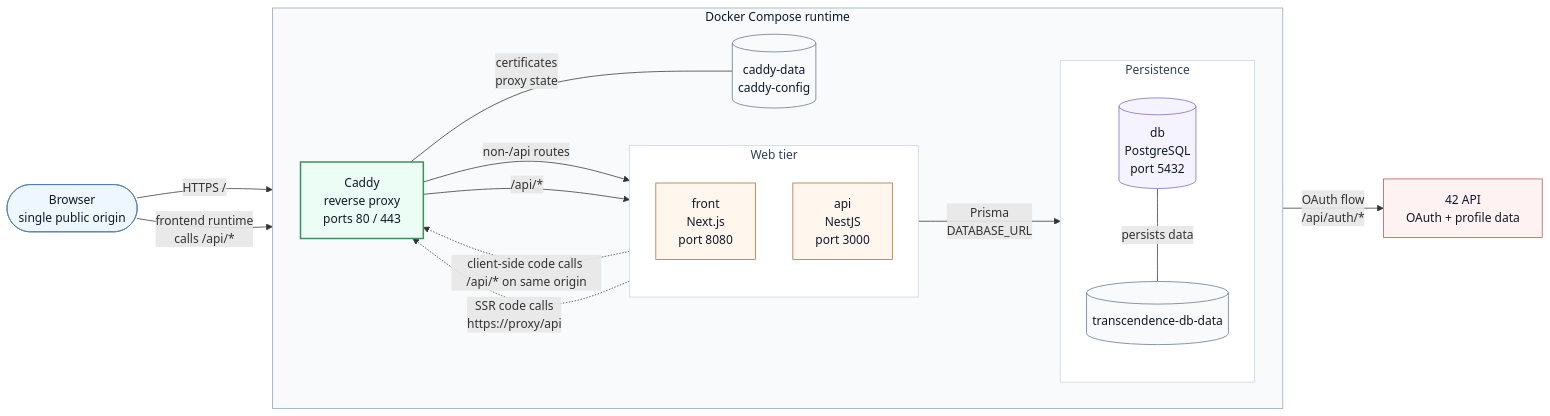
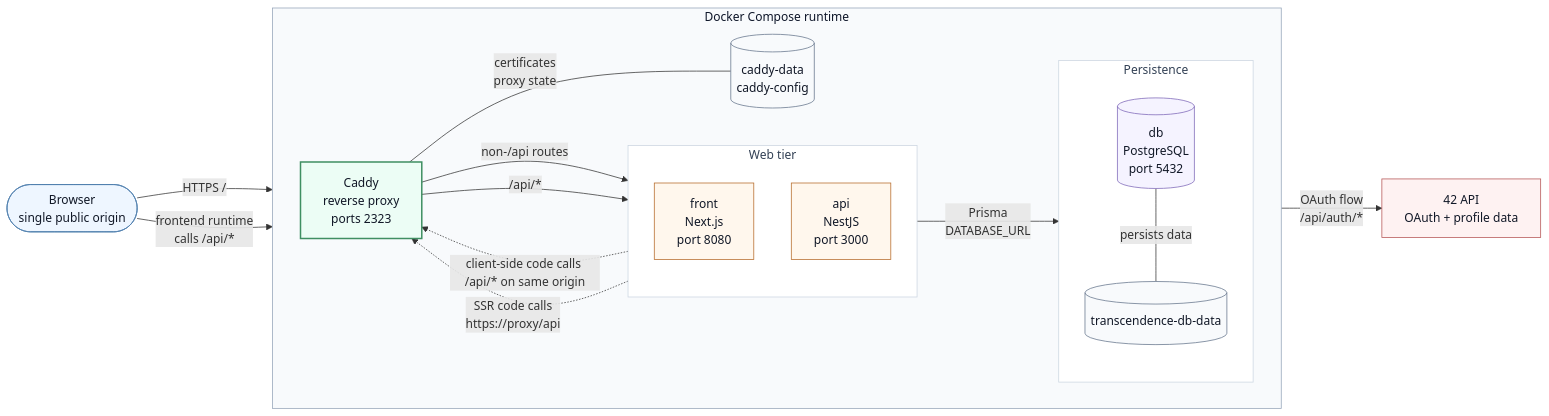
The first of 2 diagrams in README.md (bzalugas/Transcendence), drawn with Mermaid before and after one commit.

Commit message:
Fixed ports in the README

````diff
--- a/README.md
+++ b/README.md
@@ -120,57 +120,57 @@
 ```mermaid
 flowchart LR
   Browser(["Browser<br/>single public origin"])
   FortyTwo["42 API<br/>OAuth + profile data"]
 
   subgraph Runtime["Docker Compose runtime"]
     direction LR
 
-    Proxy["Caddy<br/>reverse proxy<br/>ports 80 / 443"]
+    Proxy["Caddy<br/>reverse proxy<br/>ports 2323"]
 
     subgraph Web["Web tier"]
       direction TB
       Front["front<br/>Next.js<br/>port 8080"]
       Api["api<br/>NestJS<br/>port 3000"]
     end
 
     subgraph Persistence["Persistence"]
       direction TB
       Db[("db<br/>PostgreSQL<br/>port 5432")]
       DbVolume[("transcendence-db-data")]
     end
 
     CaddyState[("caddy-data<br/>caddy-config")]
   end
 
   Browser -->|"HTTPS /"| Proxy
   Browser -->|"frontend runtime<br/>calls /api/*"| Proxy
 
   Proxy -->|"non-/api routes"| Front
   Proxy -->|"/api/*"| Api
   Front -. "client-side code calls /api/* on same origin" .-> Proxy
   Front -. "SSR code calls<br/>https://proxy/api" .-> Proxy
 
   Api -->|"Prisma<br/>DATABASE_URL"| Db
   Api -->|"OAuth flow<br/>/api/auth/*"| FortyTwo
 
   Db ---|"persists data"| DbVolume
   Proxy ---|"certificates<br/>proxy state"| CaddyState
 
   classDef client fill:#eef6ff,stroke:#4f7ead,color:#111827,stroke-width:1px
   classDef proxy fill:#ecfdf5,stroke:#3f8f62,color:#111827,stroke-width:2px
   classDef app fill:#fff7ed,stroke:#b56a28,color:#111827,stroke-width:1px
   classDef data fill:#f5f3ff,stroke:#7c65b7,color:#111827,stroke-width:1px
   classDef volume fill:#f8fafc,stroke:#64748b,color:#111827,stroke-width:1px
   classDef external fill:#fef2f2,stroke:#b45454,color:#111827,stroke-width:1px
 
   class Browser client
   class Proxy proxy
   class Front,Api app
   class Db data
   class DbVolume,CaddyState volume
   class FortyTwo external
 
   style Runtime fill:#f8fafc,stroke:#94a3b8,color:#0f172a
   style Web fill:#ffffff,stroke:#cbd5e1,color:#334155
   style Persistence fill:#ffffff,stroke:#cbd5e1,color:#334155
 ```
````
